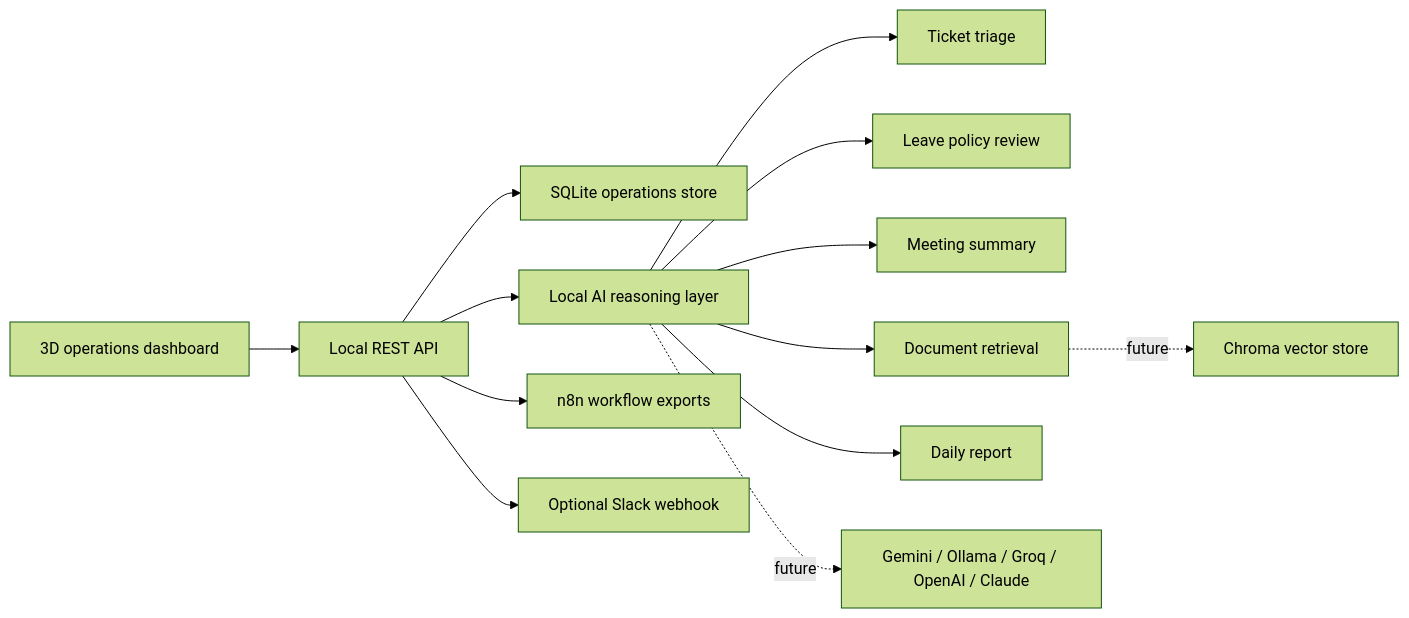
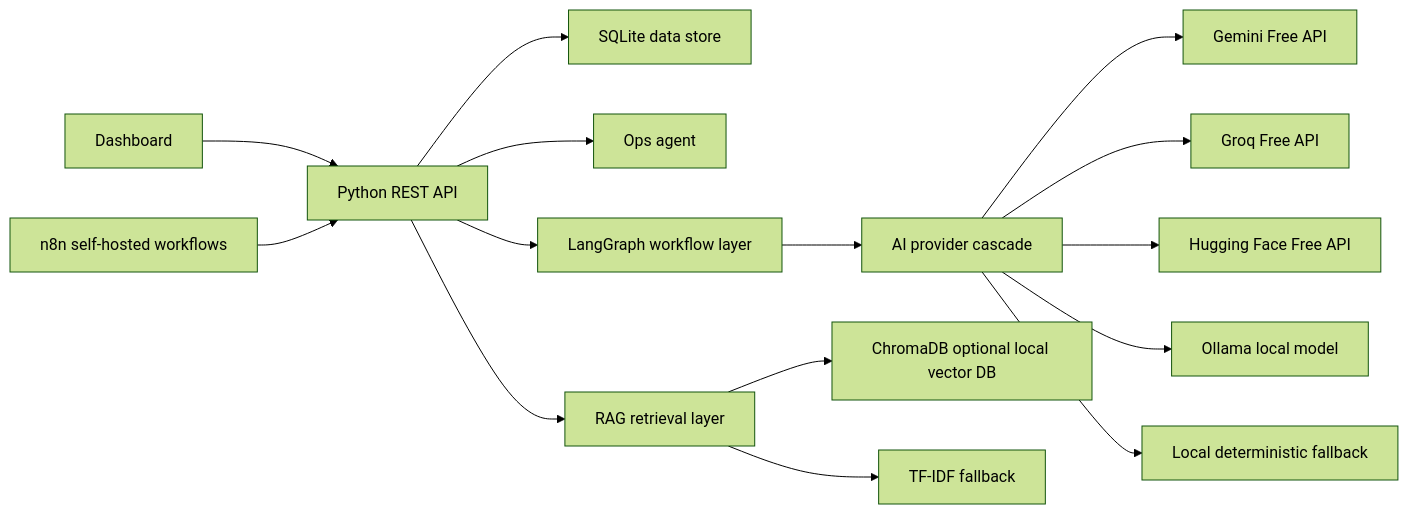
Before and after one commit to RashulRajput/internal-ops-automation: the first of 5 diagrams in docs/architecture.md, drawn with Mermaid (forest theme). The commit also changed other lines of this file and 22 other files, not shown here.

Commit message:
Configure Gemini provider, fix UI bugs, and improve agent routing

````diff
--- a/docs/architecture.md
+++ b/docs/architecture.md
@@ -5,15 +7,17 @@
 ```mermaid
 flowchart LR
-    UI["3D operations dashboard"] --> API["Local REST API"]
-    API --> DB["SQLite operations store"]
-    API --> Brain["Local AI reasoning layer"]
-    Brain --> Ticket["Ticket triage"]
-    Brain --> Leave["Leave policy review"]
-    Brain --> Meeting["Meeting summary"]
-    Brain --> Docs["Document retrieval"]
-    Brain --> Report["Daily report"]
-    API --> N8N["n8n workflow exports"]
-    API --> Slack["Optional Slack webhook"]
-    Brain -. future .-> LLM["Gemini / Ollama / Groq / OpenAI / Claude"]
-    Docs -. future .-> Vector["Chroma vector store"]
+    UI["Dashboard"] --> API["Python REST API"]
+    API --> Store["SQLite data store"]
+    API --> Agent["Ops agent"]
+    API --> WF["LangGraph workflow layer"]
+    API --> RAG["RAG retrieval layer"]
+    WF --> Providers["AI provider cascade"]
+    Providers --> Gemini["Gemini Free API"]
+    Providers --> Groq["Groq Free API"]
+    Providers --> HF["Hugging Face Free API"]
+    Providers --> Ollama["Ollama local model"]
+    Providers --> Local["Local deterministic fallback"]
+    RAG --> Chroma["ChromaDB optional local vector DB"]
+    RAG --> TFIDF["TF-IDF fallback"]
+    N8N["n8n self-hosted workflows"] --> API
 ```
````
